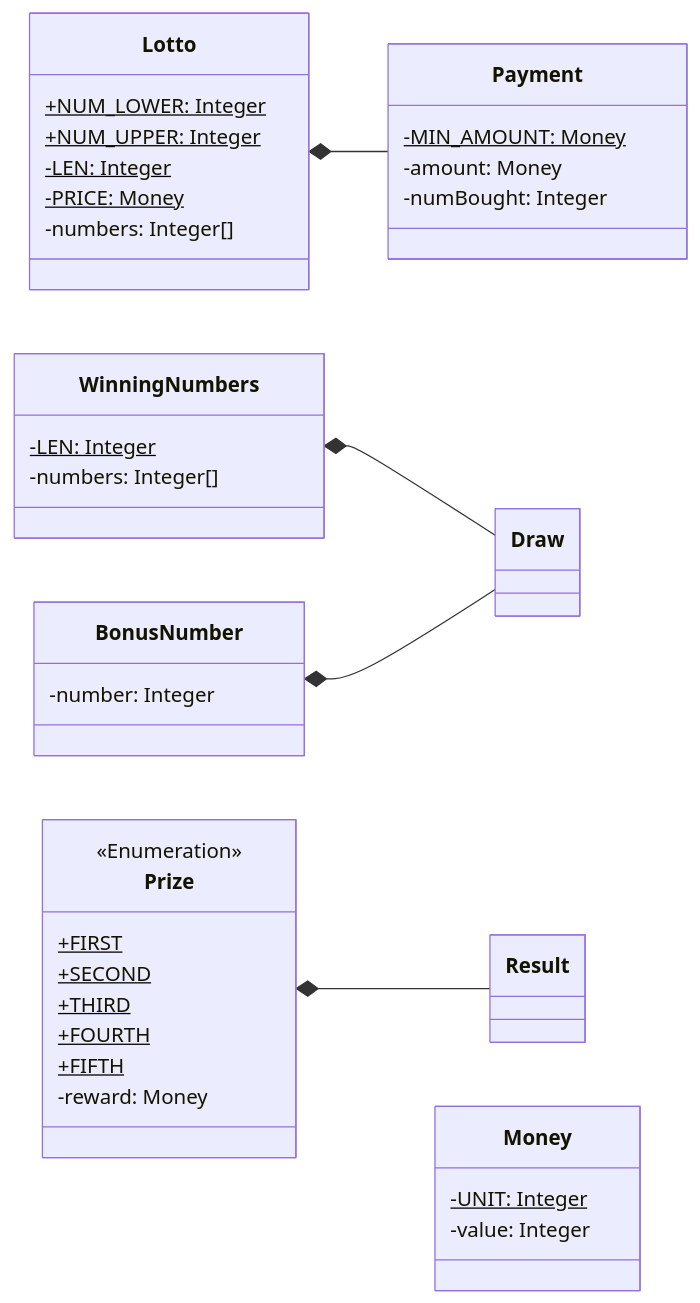
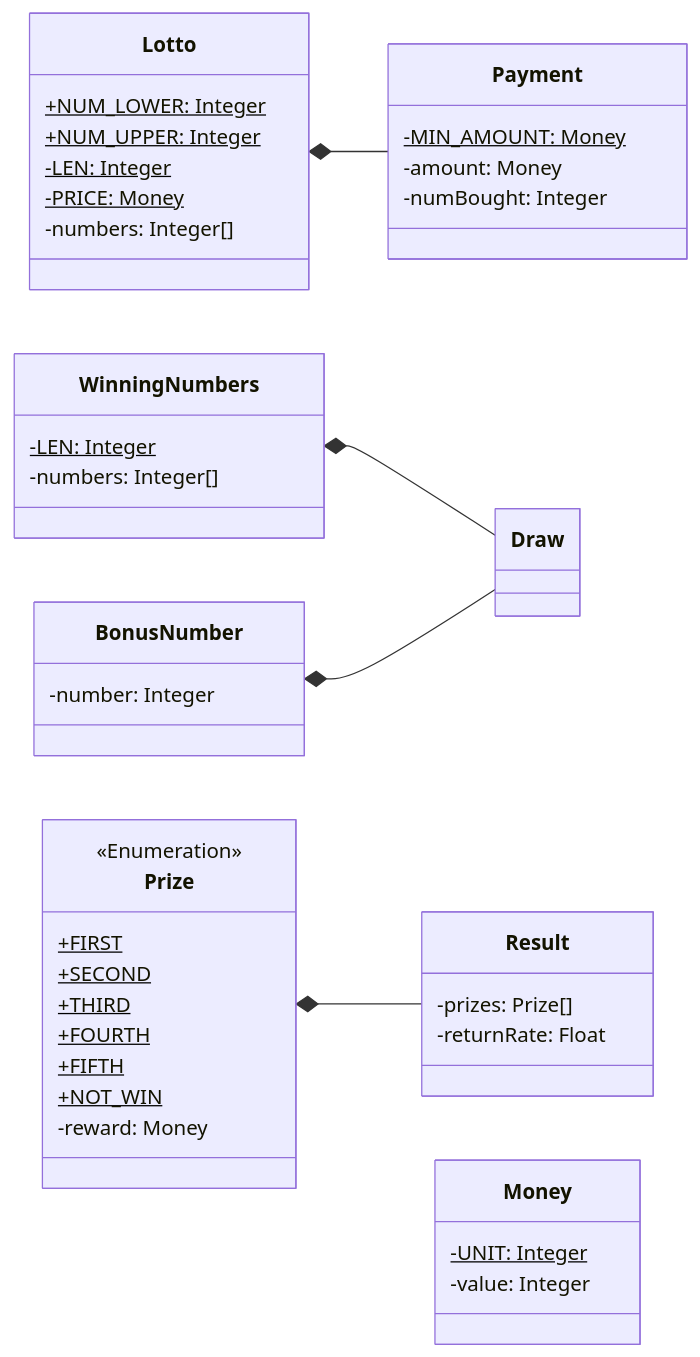
Before and after one commit to gdsc-konkuk/23-24_study_2nd_java-lotto-6: the second of 6 diagrams in docs/README.md, drawn with Mermaid. The commit also changed other lines of this file and 9 other files, not shown here.

````diff
--- a/docs/README.md
+++ b/docs/README.md
@@ -56,46 +56,52 @@
 ```mermaid
 classDiagram
     direction RL
     Payment --* Lotto
     Draw --* WinningNumbers
     Draw --* BonusNumber
     Result --* Prize
 
     class Money {
         -UNIT: Integer$
         -value: Integer
     }
 
     class Payment {
         -MIN_AMOUNT: Money$
         -amount: Money
         -numBought: Integer
     }
 
     class Lotto {
         +NUM_LOWER: Integer$
         +NUM_UPPER: Integer$
         -LEN: Integer$
         -PRICE: Money$
         -numbers: Integer[]
     }
 
     class WinningNumbers {
         -LEN: Integer$
         -numbers: Integer[]
     }
 
     class BonusNumber {
         -number: Integer
     }
 
     class Prize {
         <<Enumeration>>
         +FIRST$
         +SECOND$
         +THIRD$
         +FOURTH$
         +FIFTH$
+        +NOT_WIN$
         -reward: Money
     }
+
+    class Result {
+        -prizes: Prize[]
+        -returnRate: Float
+    }
 ```
````
